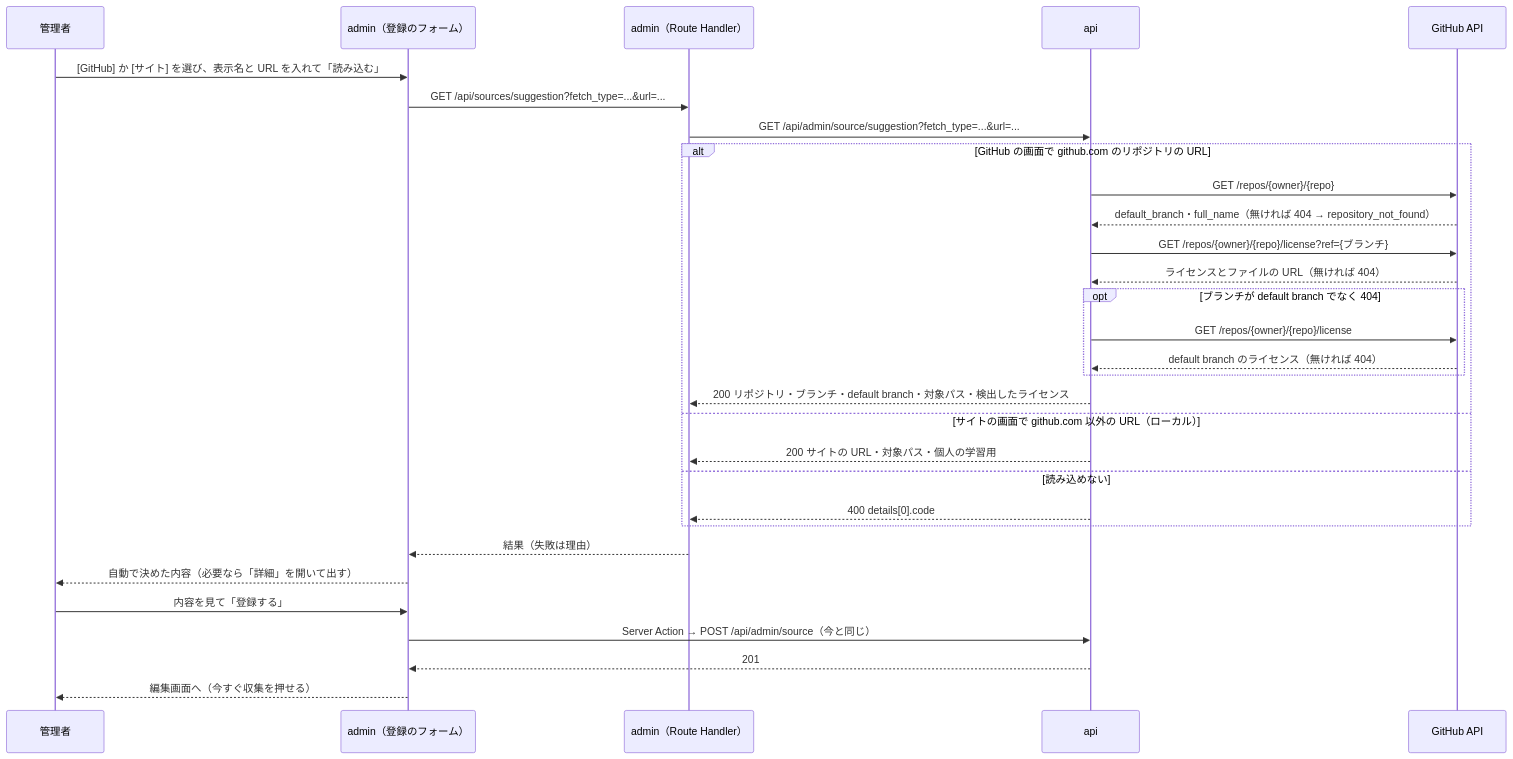
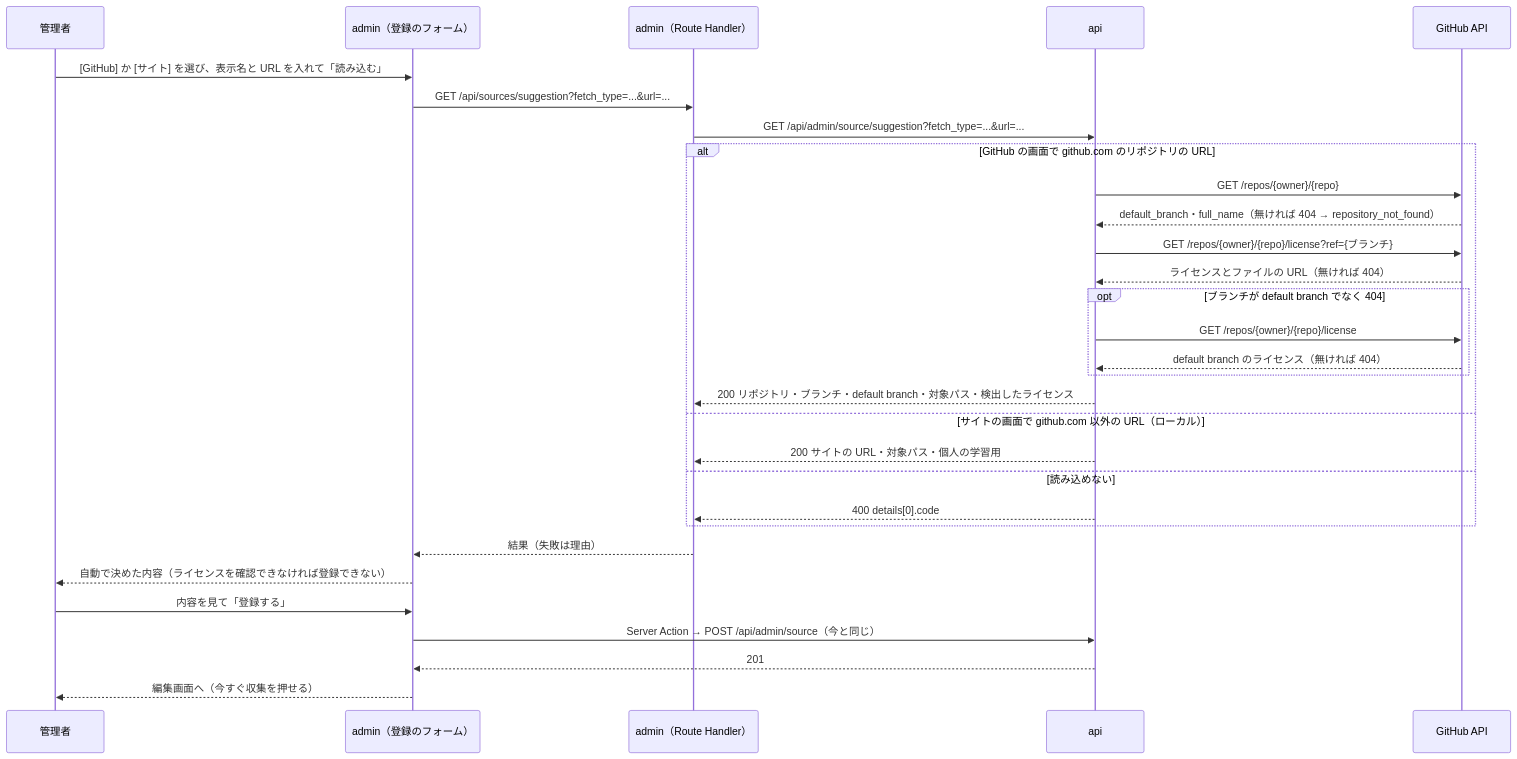
One commit to kentakki416/tech-english changed the diagram in docs/spec/source-registration-by-url/README.md. Above: the diagram before and after it, drawn with Mermaid. The commit also changed other lines of this file and 17 other files, not shown here.

````diff
--- a/docs/spec/source-registration-by-url/README.md
+++ b/docs/spec/source-registration-by-url/README.md
@@ -285,33 +284,33 @@
 ```mermaid
 sequenceDiagram
     participant A as 管理者
     participant F as admin（登録のフォーム）
     participant R as admin（Route Handler）
     participant API as api
     participant GH as GitHub API
 
     A->>F: [GitHub] か [サイト] を選び、表示名と URL を入れて「読み込む」
     F->>R: GET /api/sources/suggestion?fetch_type=...&url=...
     R->>API: GET /api/admin/source/suggestion?fetch_type=...&url=...
     alt GitHub の画面で github.com のリポジトリの URL
         API->>GH: GET /repos/{owner}/{repo}
         GH-->>API: default_branch・full_name（無ければ 404 → repository_not_found）
         API->>GH: GET /repos/{owner}/{repo}/license?ref={ブランチ}
         GH-->>API: ライセンスとファイルの URL（無ければ 404）
         opt ブランチが default branch でなく 404
             API->>GH: GET /repos/{owner}/{repo}/license
             GH-->>API: default branch のライセンス（無ければ 404）
         end
         API-->>R: 200 リポジトリ・ブランチ・default branch・対象パス・検出したライセンス
     else サイトの画面で github.com 以外の URL（ローカル）
         API-->>R: 200 サイトの URL・対象パス・個人の学習用
     else 読み込めない
         API-->>R: 400 details[0].code
     end
     R-->>F: 結果（失敗は理由）
-    F-->>A: 自動で決めた内容（必要なら「詳細」を開いて出す）
+    F-->>A: 自動で決めた内容（ライセンスを確認できなければ登録できない）
     A->>F: 内容を見て「登録する」
     F->>API: Server Action → POST /api/admin/source（今と同じ）
     API-->>F: 201
     F-->>A: 編集画面へ（今すぐ収集を押せる）
 ```
````
